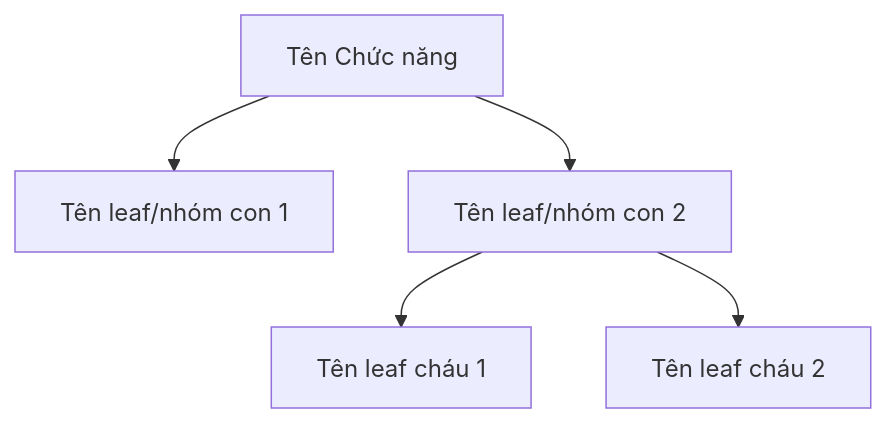
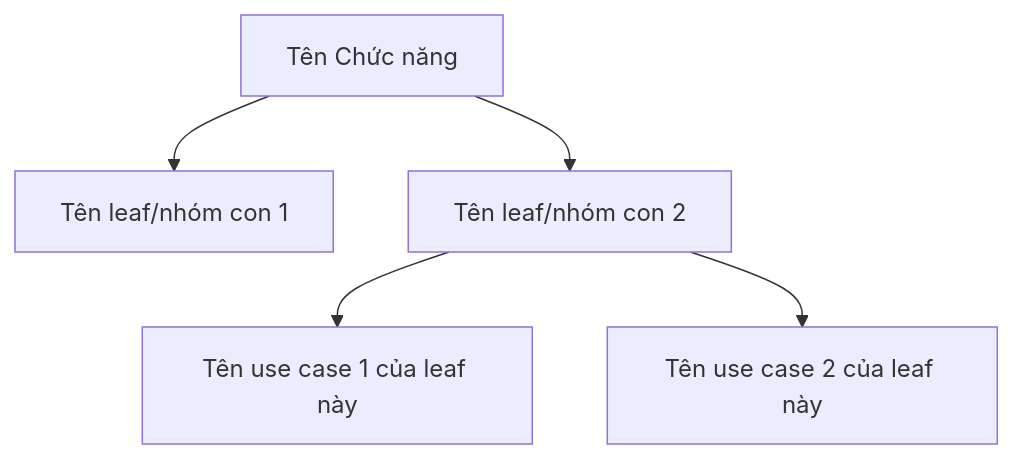
Before and after one commit to anhnt3/agent-skills: the first of 3 diagrams in speckit-extension/templates/srs-template.md, drawn with Mermaid. The commit also changed other lines of this file and 7 other files, not shown here.

````diff
--- a/speckit-extension/templates/srs-template.md
+++ b/speckit-extension/templates/srs-template.md
@@ -53,7 +66,7 @@
 ```mermaid
 flowchart TD
     A[Tên Chức năng] --> B1[Tên leaf/nhóm con 1]
     A --> B2[Tên leaf/nhóm con 2]
-    B2 --> C1[Tên leaf cháu 1]
-    B2 --> C2[Tên leaf cháu 2]
+    B2 --> C1[Tên use case 1 của leaf này]
+    B2 --> C2[Tên use case 2 của leaf này]
 ```
````
